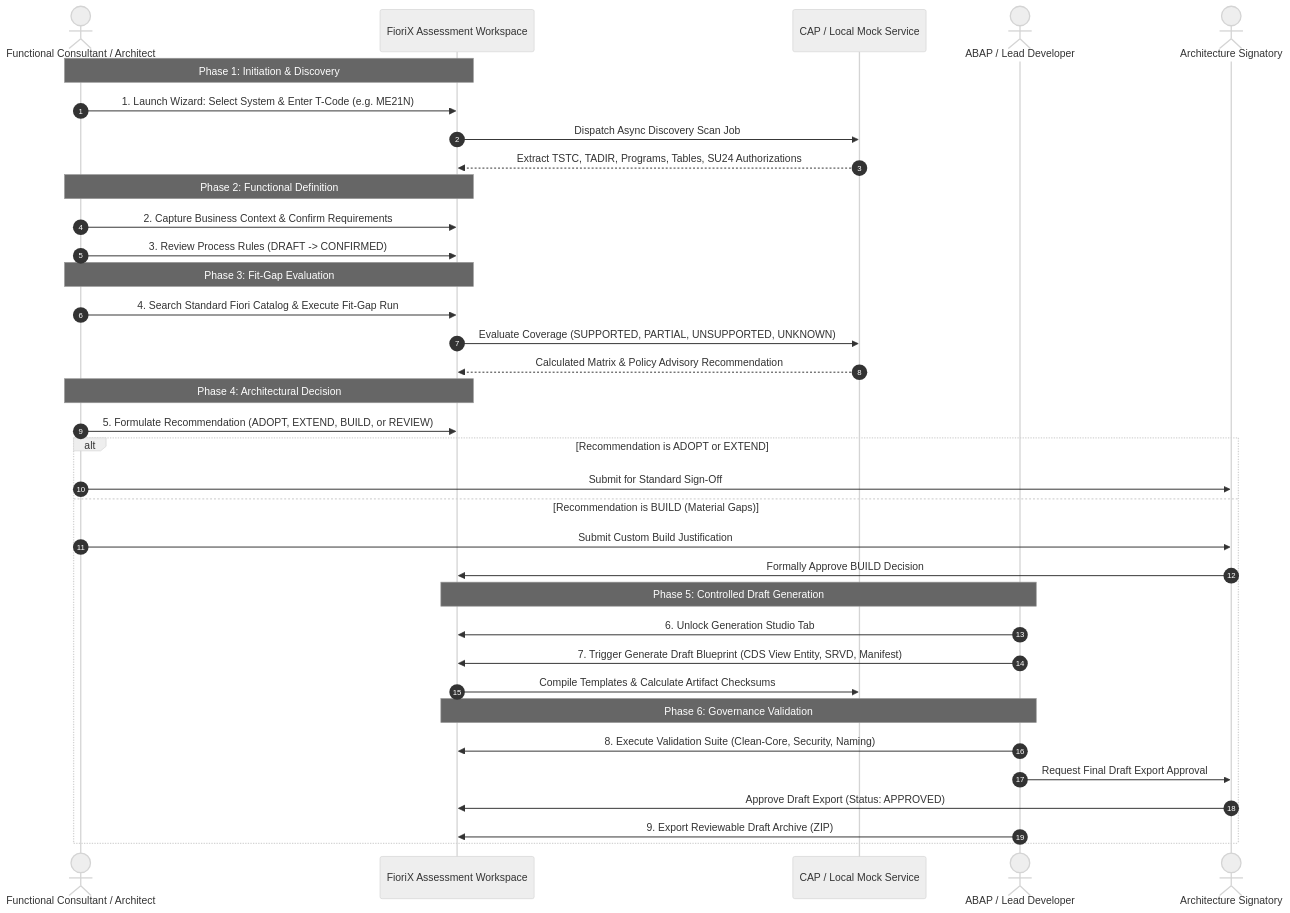
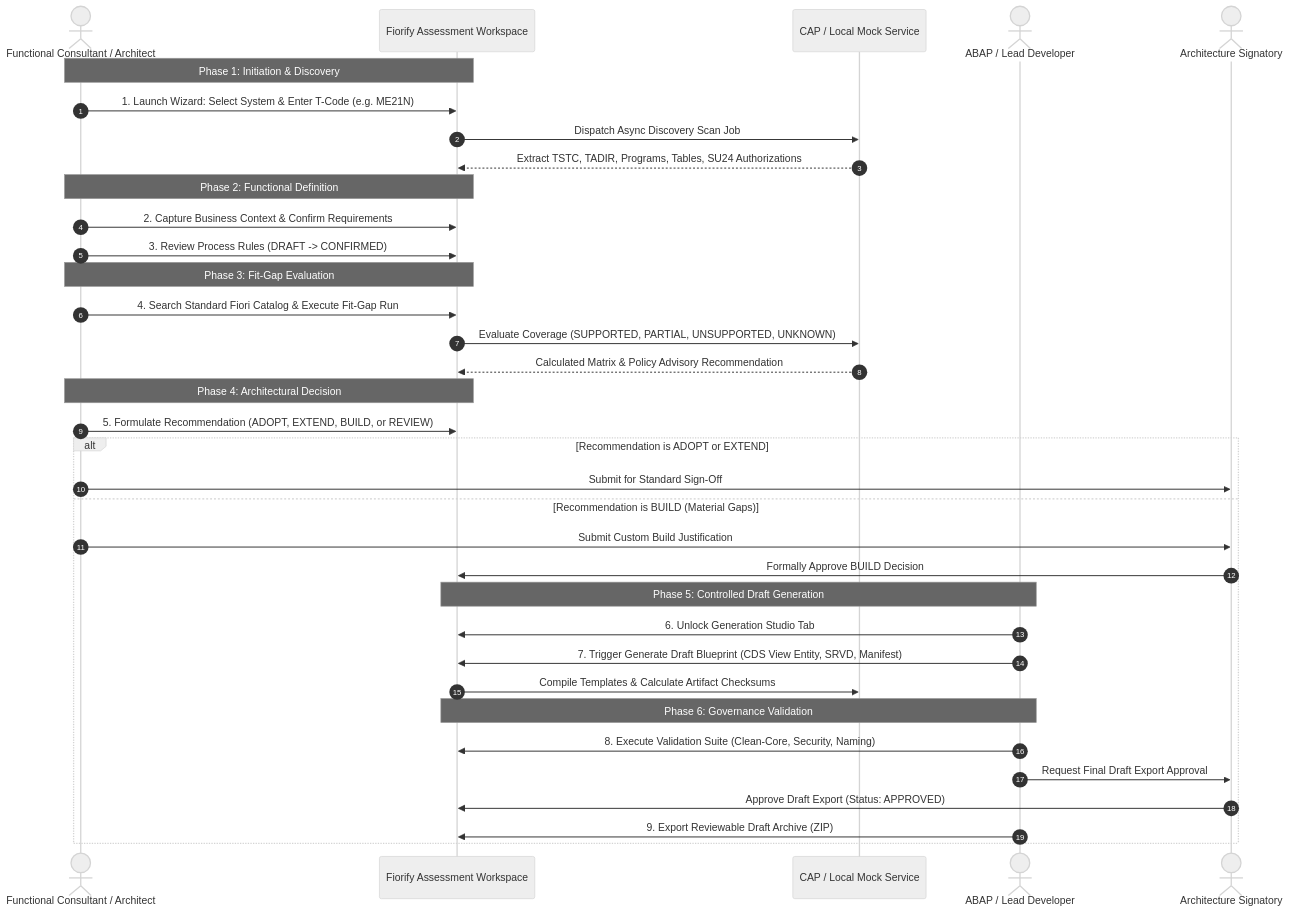
The second of 7 diagrams in docs/architecture/MASTER_ARCHITECTURE_AND_FRONTEND_RESTRUCTURING_PLAN.md (samarth092005/Firorix), drawn with Mermaid (neutral theme) before and after one commit. The commit also changed other lines of this file and 395 other files, not shown here.

````diff
--- a/docs/architecture/MASTER_ARCHITECTURE_AND_FRONTEND_RESTRUCTURING_PLAN.md
+++ b/docs/architecture/MASTER_ARCHITECTURE_AND_FRONTEND_RESTRUCTURING_PLAN.md
@@ -130,41 +130,41 @@
 ```mermaid
 sequenceDiagram
     autonumber
     actor C as Functional Consultant / Architect
-    participant W as FioriX Assessment Workspace
+    participant W as Fiorify Assessment Workspace
     participant S as CAP / Local Mock Service
     actor D as ABAP / Lead Developer
     actor A as Architecture Signatory
 
     Note over C,W: Phase 1: Initiation & Discovery
     C->>W: 1. Launch Wizard: Select System & Enter T-Code (e.g. ME21N)
     W->>S: Dispatch Async Discovery Scan Job
     S-->>W: Extract TSTC, TADIR, Programs, Tables, SU24 Authorizations
 
     Note over C,W: Phase 2: Functional Definition
     C->>W: 2. Capture Business Context & Confirm Requirements
     C->>W: 3. Review Process Rules (DRAFT -> CONFIRMED)
 
     Note over C,W: Phase 3: Fit-Gap Evaluation
     C->>W: 4. Search Standard Fiori Catalog & Execute Fit-Gap Run
     W->>S: Evaluate Coverage (SUPPORTED, PARTIAL, UNSUPPORTED, UNKNOWN)
     S-->>W: Calculated Matrix & Policy Advisory Recommendation
 
     Note over C,W: Phase 4: Architectural Decision
     C->>W: 5. Formulate Recommendation (ADOPT, EXTEND, BUILD, or REVIEW)
     alt Recommendation is ADOPT or EXTEND
         C->>A: Submit for Standard Sign-Off
     else Recommendation is BUILD (Material Gaps)
         C->>A: Submit Custom Build Justification
         A->>W: Formally Approve BUILD Decision
         Note over D,W: Phase 5: Controlled Draft Generation
         D->>W: 6. Unlock Generation Studio Tab
         D->>W: 7. Trigger Generate Draft Blueprint (CDS View Entity, SRVD, Manifest)
         W->>S: Compile Templates & Calculate Artifact Checksums
         Note over D,W: Phase 6: Governance Validation
         D->>W: 8. Execute Validation Suite (Clean-Core, Security, Naming)
         D->>A: Request Final Draft Export Approval
         A->>W: Approve Draft Export (Status: APPROVED)
         D->>W: 9. Export Reviewable Draft Archive (ZIP)
     end
 ```
````
